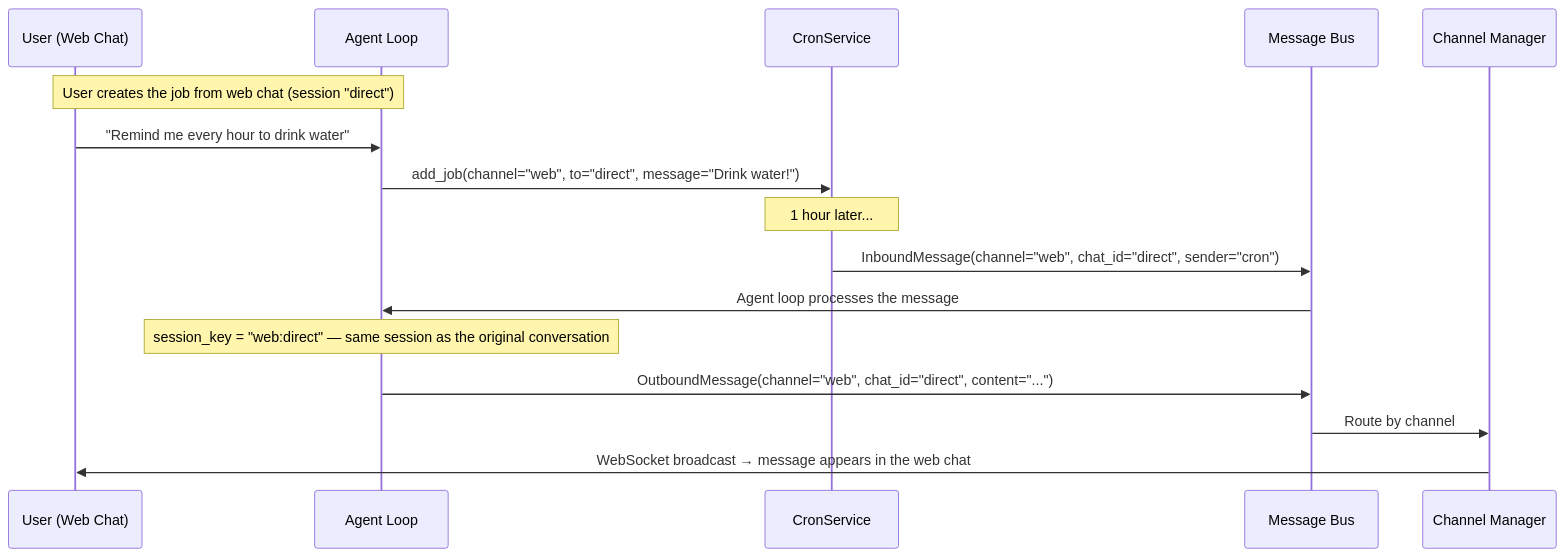
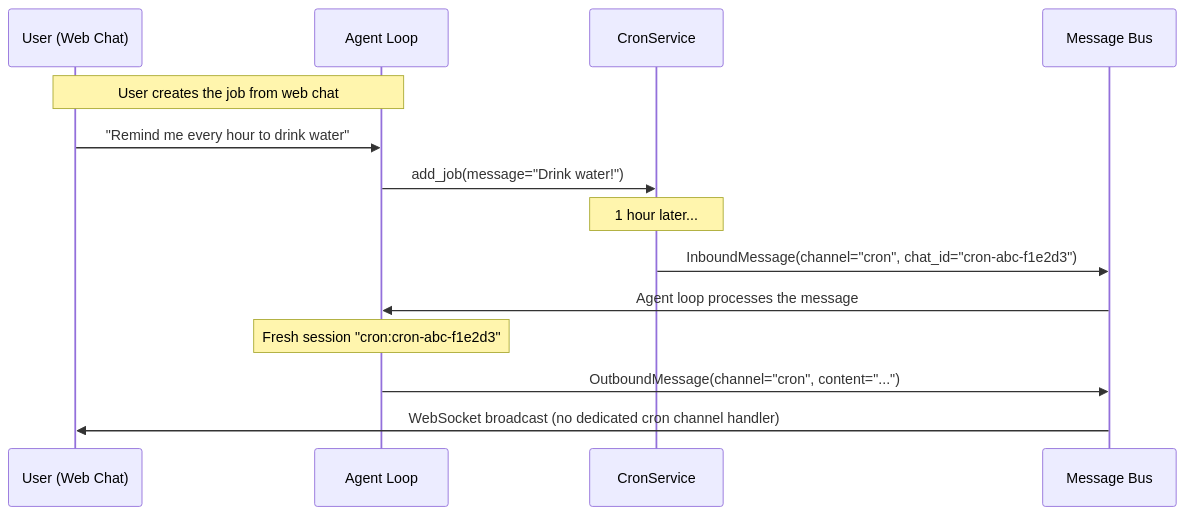
Before and after one commit to openbotx/openbotx: diagram 15 of 19 in docs/flow.md, drawn with Mermaid. The commit also changed other lines of this file and 37 other files, not shown here.

````diff
--- a/docs/flow.md
+++ b/docs/flow.md
@@ -1545,20 +1545,18 @@
 ```mermaid
 sequenceDiagram
     participant U as User (Web Chat)
     participant AL as Agent Loop
     participant CRON as CronService
     participant BUS as Message Bus
-    participant CM as Channel Manager
 
-    Note over U,AL: User creates the job from web chat (session "direct")
+    Note over U,AL: User creates the job from web chat
     U->>AL: "Remind me every hour to drink water"
-    AL->>CRON: add_job(channel="web", to="direct", message="Drink water!")
+    AL->>CRON: add_job(message="Drink water!")
 
     Note over CRON: 1 hour later...
-    CRON->>BUS: InboundMessage(channel="web", chat_id="direct", sender="cron")
+    CRON->>BUS: InboundMessage(channel="cron", chat_id="cron-abc-f1e2d3")
     BUS->>AL: Agent loop processes the message
-    Note over AL: session_key = "web:direct" — same session as the original conversation
-    AL->>BUS: OutboundMessage(channel="web", chat_id="direct", content="...")
-    BUS->>CM: Route by channel
-    CM->>U: WebSocket broadcast → message appears in the web chat
+    Note over AL: Fresh session "cron:cron-abc-f1e2d3"
+    AL->>BUS: OutboundMessage(channel="cron", content="...")
+    BUS->>U: WebSocket broadcast (no dedicated cron channel handler)
 ```
````
